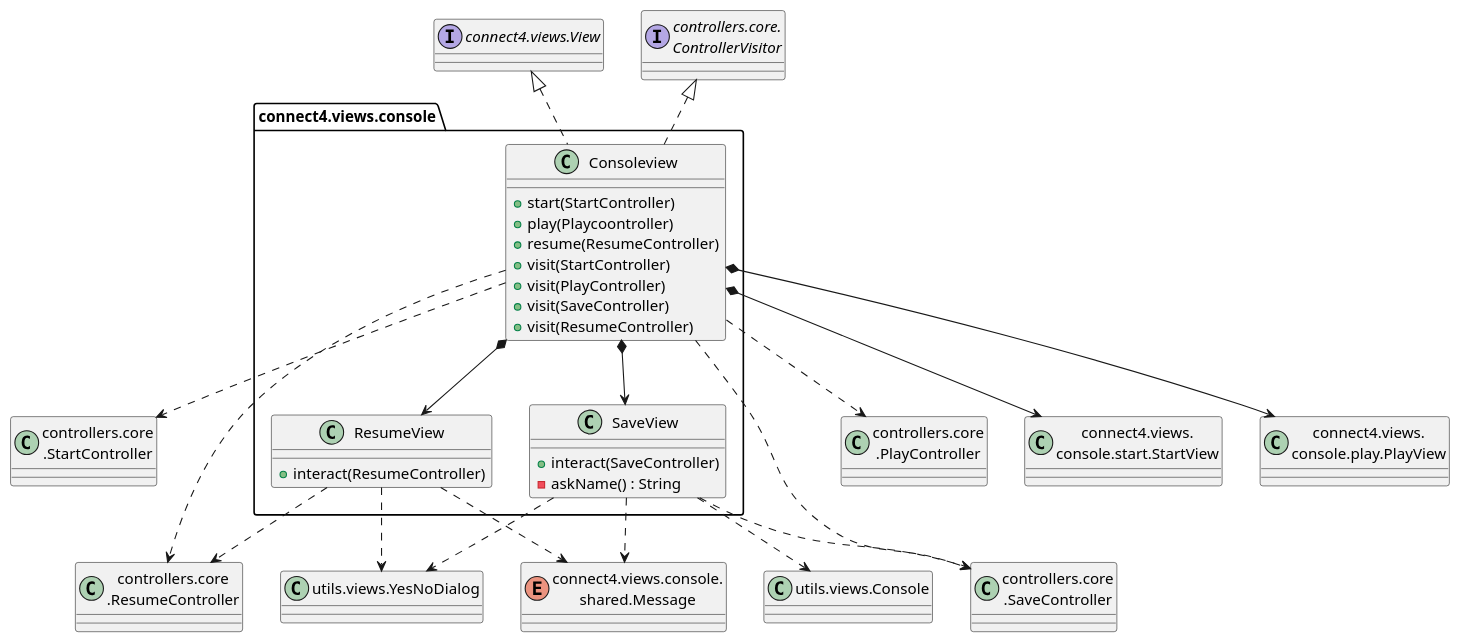
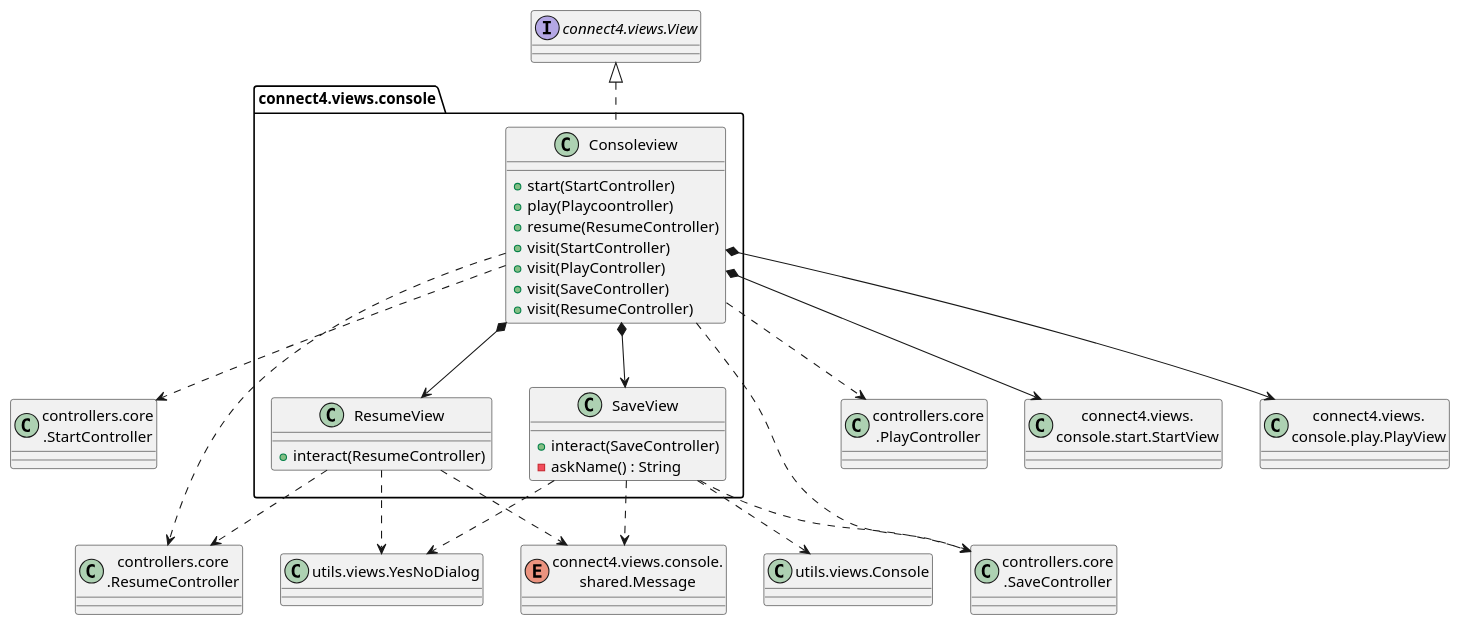
One commit to js-rom/connect4 changed the diagram in connect4/Docs/diagrams/src/packages/connect4.connect4.views.console.plantuml. Above: the diagram before and after it, drawn with PlantUML. The commit also changed 6 other files, not shown here.

Commit message:
refactor View so launchers can pass any View to Logic instead of a concrete view implementation of ControllerVisitor #13

```diff
--- a/connect4/Docs/diagrams/src/packages/connect4.connect4.views.console.plantuml
+++ b/connect4/Docs/diagrams/src/packages/connect4.connect4.views.console.plantuml
@@ -1,57 +1,55 @@
 @startuml connect4.connect4.console.console
 
 
 class StartController as "controllers.core\n.StartController"
 class PlayController as "controllers.core\n.PlayController"
 class ResumeController as "controllers.core\n.ResumeController"
 class SaveController as "controllers.core\n.SaveController"
 class StartView as "connect4.views.\nconsole.start.StartView"
 class PlayView as "connect4.views.\nconsole.play.PlayView"
 interface View as "connect4.views.View"
-interface ControllerVisitor as "controllers.core.\nControllerVisitor"
 class Console as "utils.views.Console"
 class YesNoDialog as "utils.views.YesNoDialog"
 enum Message as "connect4.views.console.\nshared.Message"
 
 package console as "connect4.views.console"{
     
 }
 
 class console.ResumeView{
     + interact(ResumeController)
 }
 
 class console.Consoleview {
     + start(StartController)
     + play(Playcoontroller)
     + resume(ResumeController)
     + visit(StartController)
     + visit(PlayController)
     + visit(SaveController)
     + visit(ResumeController)
 }
 
 class console.SaveView {
     + interact(SaveController)
     - askName() : String
 }
 
 View <|.. Consoleview 
-ControllerVisitor <|.. Consoleview 
 Consoleview *--> StartView
 Consoleview *--> PlayView
 Consoleview *--> ResumeView
 Consoleview *--> SaveView
 Consoleview ..> StartController
 Consoleview ..> PlayController
 Consoleview ..> ResumeController
 Consoleview ..> SaveController
 ResumeView ..> ResumeController
 ResumeView ..> YesNoDialog
 ResumeView ..> Message
 SaveView ..> Message
 SaveView ..> Console
 SaveView ..> YesNoDialog
 SaveView ..> SaveController
 
 @enduml
```
